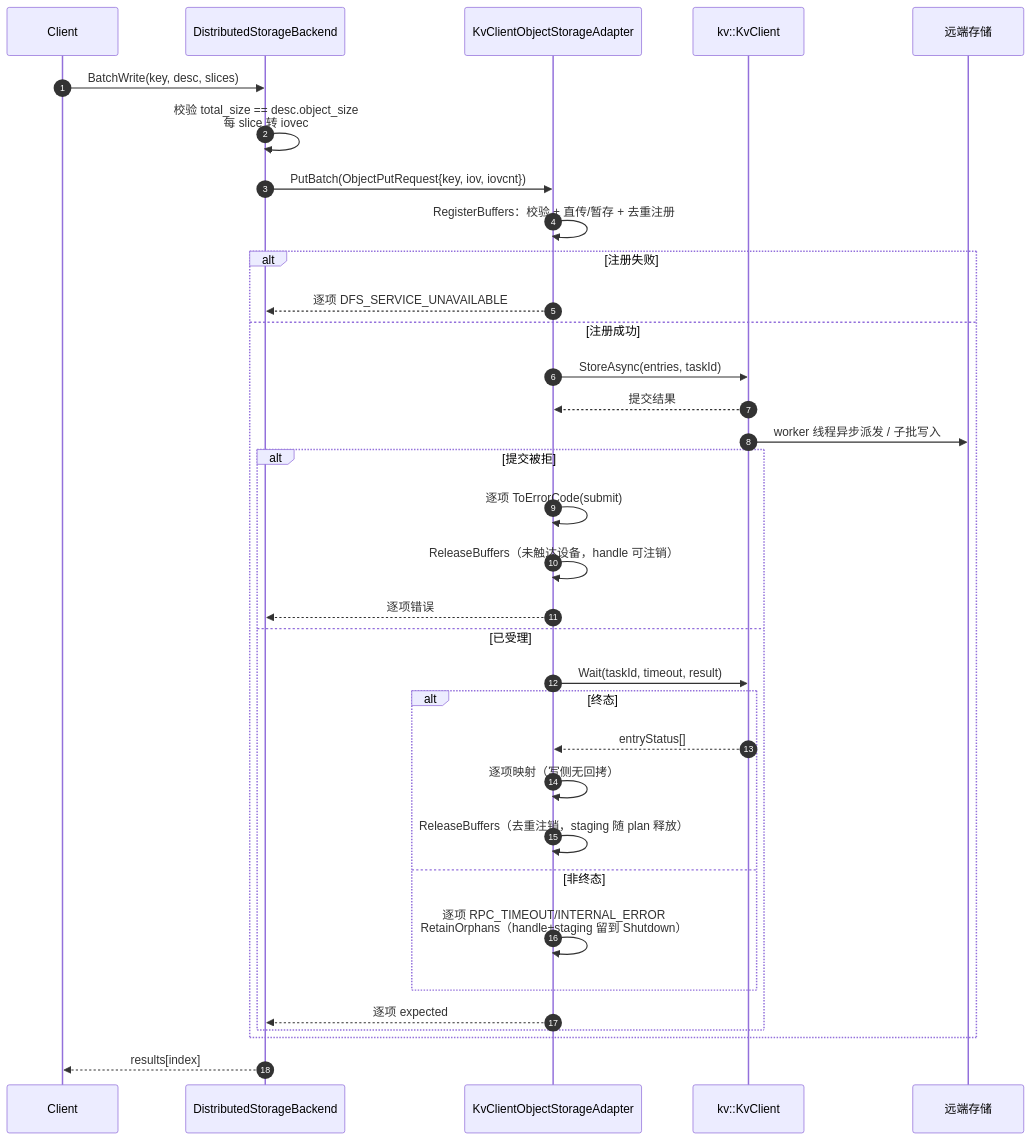
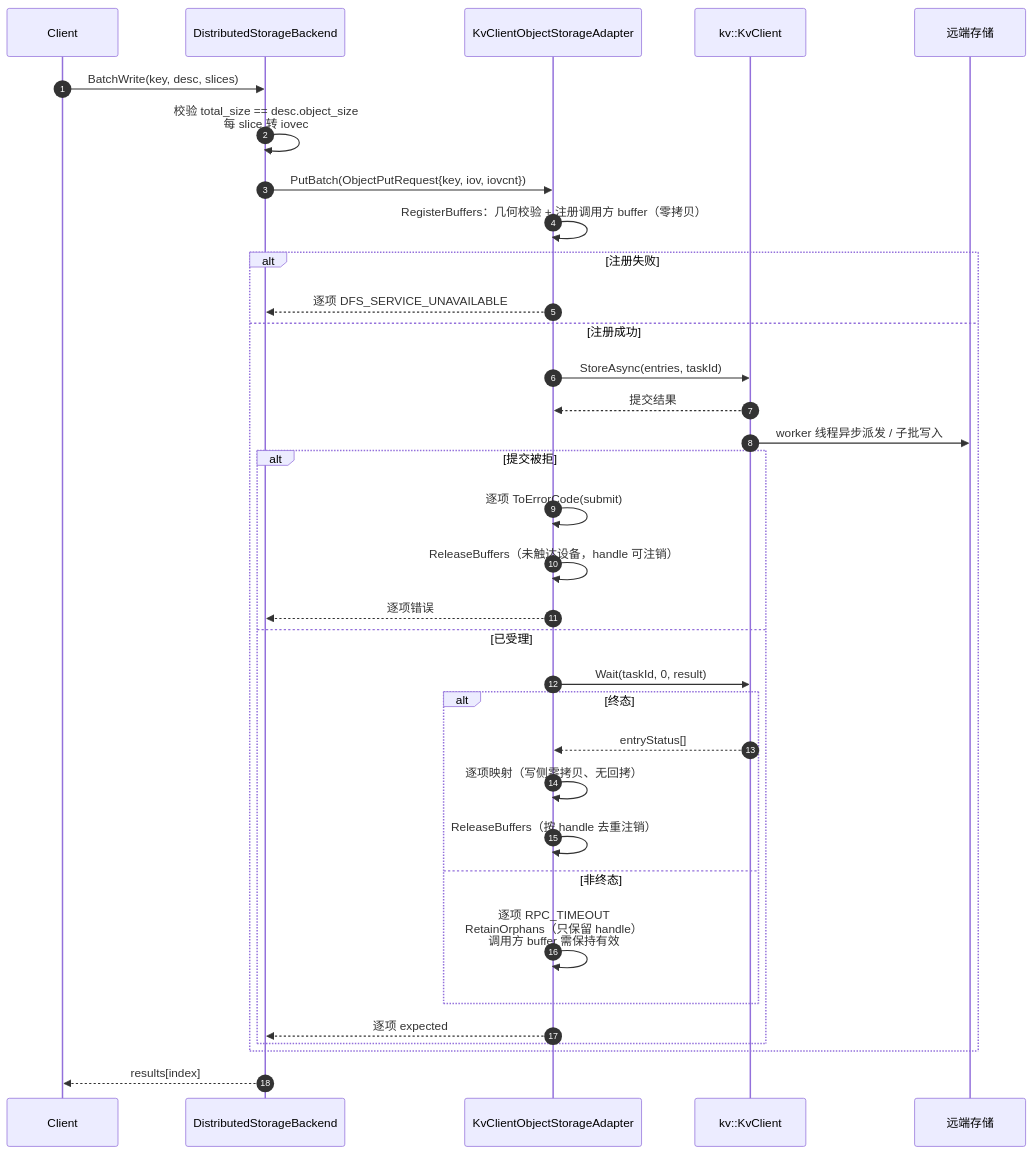
Before and after one commit to zwj20000328-dotcom/Mooncake-documents: the sixth of 9 diagrams in Mooncake + KVClient L3 接入（Kvcs）- PR 实施设计.md, drawn with Mermaid. The commit also changed other lines of this file and 3 other files, not shown here.

````diff
--- a/Mooncake + KVClient L3 接入（Kvcs）- PR 实施设计.md
+++ b/Mooncake + KVClient L3 接入（Kvcs）- PR 实施设计.md
@@ -706,37 +678,37 @@
 ```mermaid
 sequenceDiagram
     autonumber
     participant C as Client
     participant BE as DistributedStorageBackend
     participant AD as KvClientObjectStorageAdapter
     participant SDK as kv::KvClient
     participant S as 远端存储
 
     C->>BE: BatchWrite(key, desc, slices)
     BE->>BE: 校验 total_size == desc.object_size<br/>每 slice 转 iovec
     BE->>AD: PutBatch(ObjectPutRequest{key, iov, iovcnt})
-    AD->>AD: RegisterBuffers：校验 + 直传/暂存 + 去重注册
+    AD->>AD: RegisterBuffers：几何校验 + 注册调用方 buffer（零拷贝）
     alt 注册失败
         AD-->>BE: 逐项 DFS_SERVICE_UNAVAILABLE
     else 注册成功
         AD->>SDK: StoreAsync(entries, taskId)
         SDK-->>AD: 提交结果
         SDK->>S: worker 线程异步派发 / 子批写入
         alt 提交被拒
             AD->>AD: 逐项 ToErrorCode(submit)
             AD->>AD: ReleaseBuffers（未触达设备，handle 可注销）
             AD-->>BE: 逐项错误
         else 已受理
-            AD->>SDK: Wait(taskId, timeout, result)
+            AD->>SDK: Wait(taskId, 0, result)
             alt 终态
                 SDK-->>AD: entryStatus[]
-                AD->>AD: 逐项映射（写侧无回拷）
-                AD->>AD: ReleaseBuffers（去重注销，staging 随 plan 释放）
+                AD->>AD: 逐项映射（写侧零拷贝、无回拷）
+                AD->>AD: ReleaseBuffers（按 handle 去重注销）
             else 非终态
-                AD->>AD: 逐项 RPC_TIMEOUT/INTERNAL_ERROR<br/>RetainOrphans（handle+staging 留到 Shutdown）
+                AD->>AD: 逐项 RPC_TIMEOUT<br/>RetainOrphans（只保留 handle）<br/>调用方 buffer 需保持有效
             end
             AD-->>BE: 逐项 expected
         end
     end
     BE-->>C: results[index]
 ```
````
